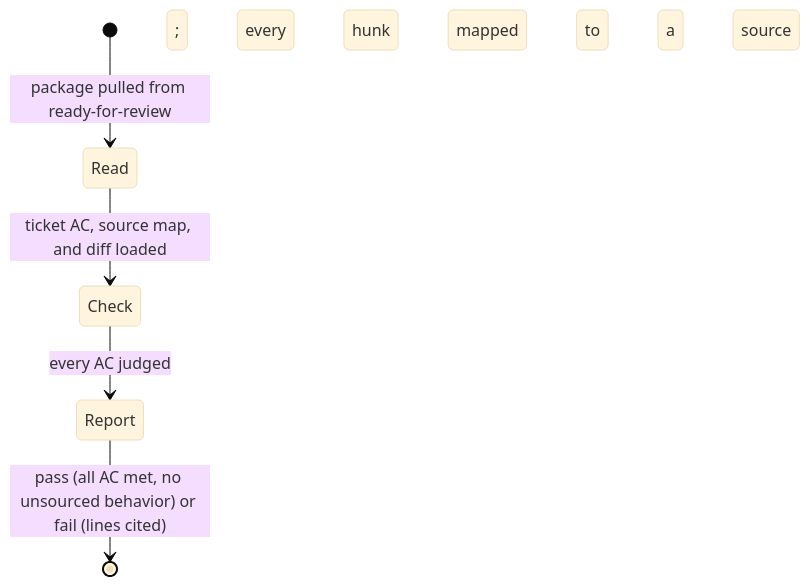
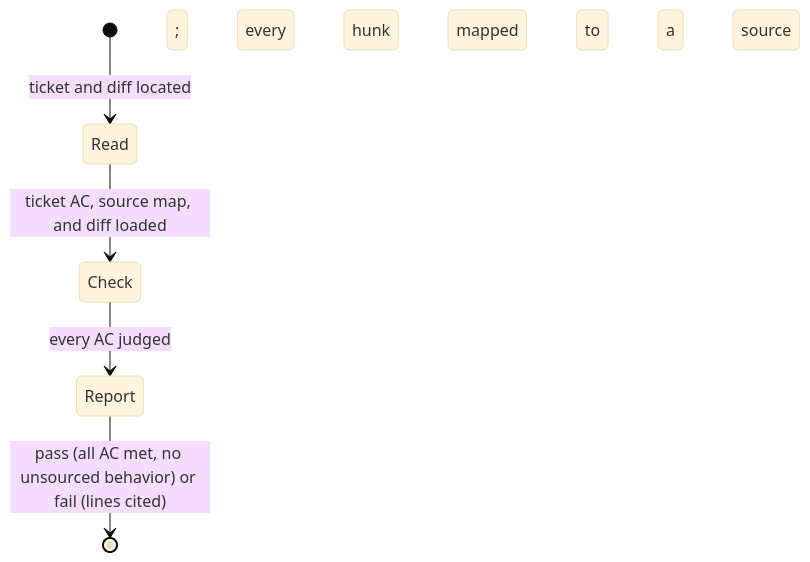
One commit to disusered/dotfiles-universal changed the diagram in ai/agent-skills/role-reviewer/SKILL.md. Above: the diagram before and after it, drawn with Mermaid (base theme). The commit also changed other lines of this file and 19 other files, not shown here.

````diff
--- a/ai/agent-skills/role-reviewer/SKILL.md
+++ b/ai/agent-skills/role-reviewer/SKILL.md
@@ -17,7 +27,7 @@
 ```mermaid
 stateDiagram-v2
-  [*] --> Read: package pulled from ready-for-review
+  [*] --> Read: ticket and diff located
   Read --> Check: ticket AC, source map, and diff loaded
   Check --> Report: every AC judged; every hunk mapped to a source
   Report --> [*]: pass (all AC met, no unsourced behavior) or fail (lines cited)
 ```
````
